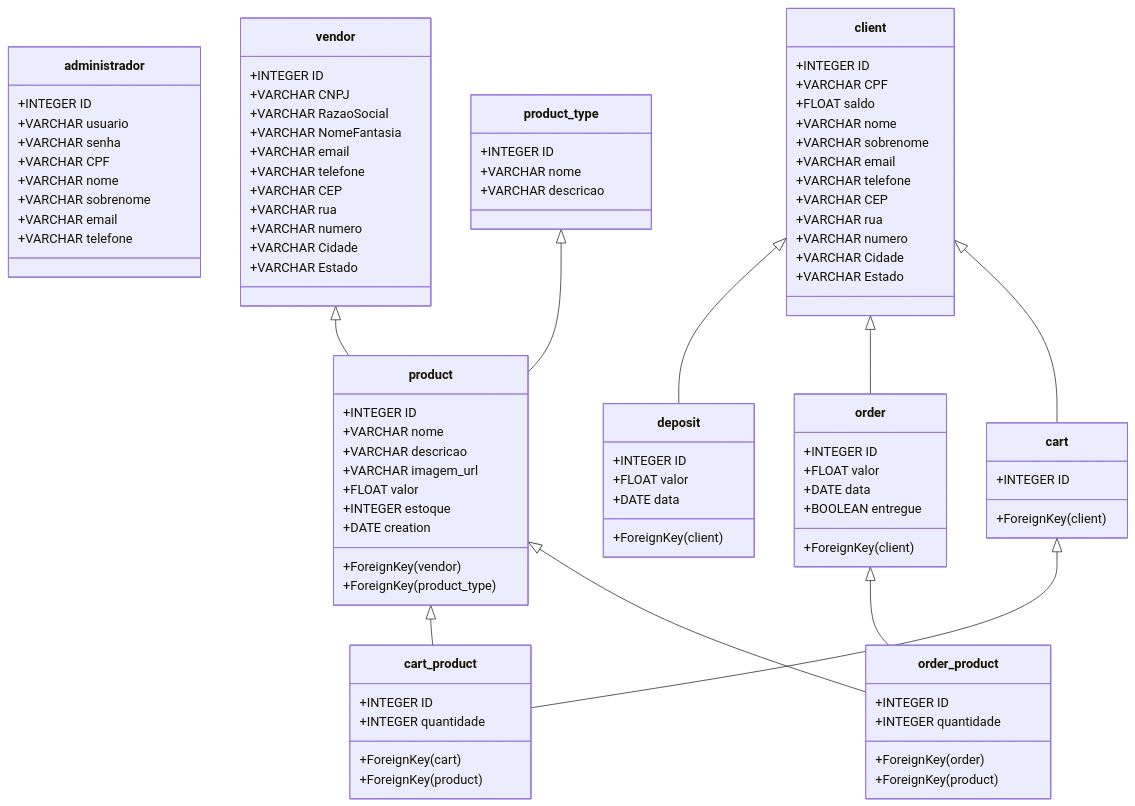
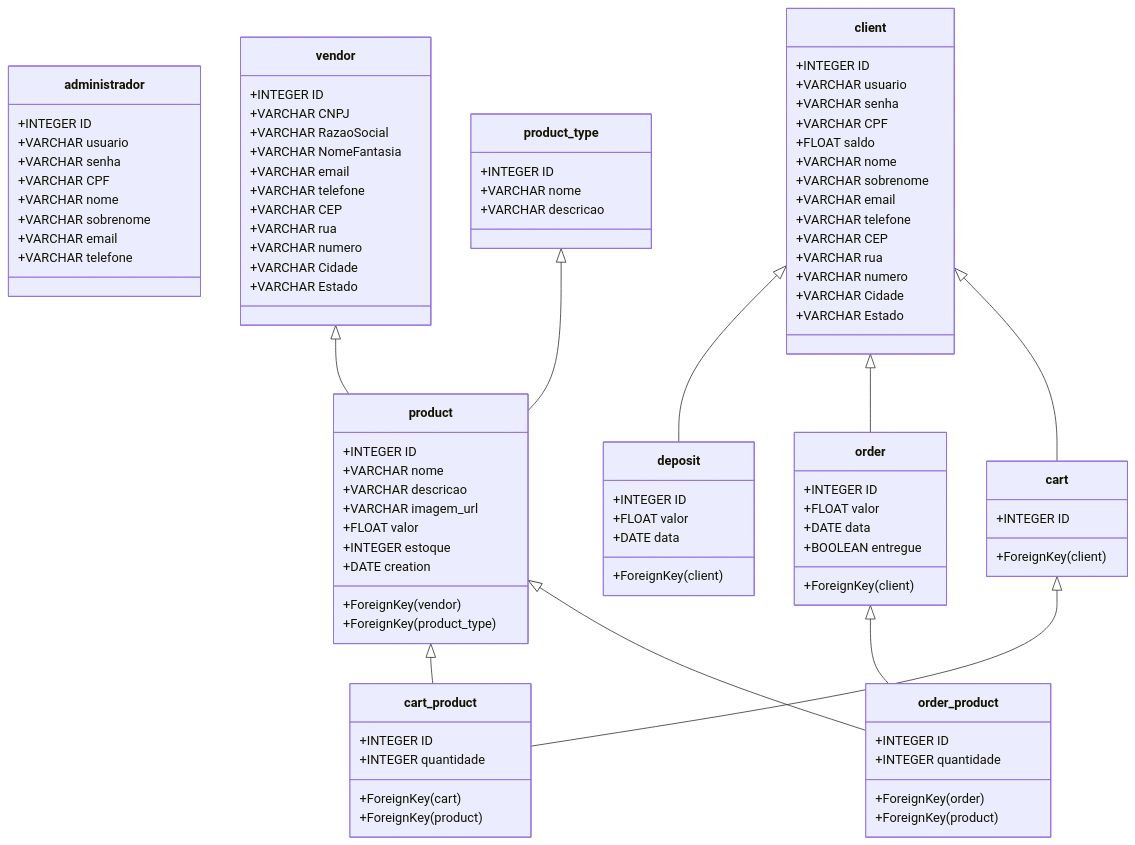
The diagram in Diagram/Database.mermaid (WhitePoodleMoth/TrendStyle), drawn with Mermaid before and after one commit. The commit also changed 1 other file, not shown here.

```diff
--- a/Diagram/Database.mermaid
+++ b/Diagram/Database.mermaid
@@ -1,105 +1,107 @@
 classDiagram
     class administrador{
         +INTEGER ID
         +VARCHAR usuario
         +VARCHAR senha
         +VARCHAR CPF
         +VARCHAR nome
         +VARCHAR sobrenome
         +VARCHAR email
         +VARCHAR telefone
     }
 
     class vendor{
         +INTEGER ID
         +VARCHAR CNPJ
         +VARCHAR RazaoSocial
         +VARCHAR NomeFantasia
         +VARCHAR email
         +VARCHAR telefone
         +VARCHAR CEP
         +VARCHAR rua
         +VARCHAR numero
         +VARCHAR Cidade
         +VARCHAR Estado
     }
 
     class client{
         +INTEGER ID
+        +VARCHAR usuario
+        +VARCHAR senha
         +VARCHAR CPF
         +FLOAT saldo
         +VARCHAR nome
         +VARCHAR sobrenome
         +VARCHAR email
         +VARCHAR telefone
         +VARCHAR CEP
         +VARCHAR rua
         +VARCHAR numero
         +VARCHAR Cidade
         +VARCHAR Estado
     }
     
     class product_type{
         +INTEGER ID
         +VARCHAR nome
         +VARCHAR descricao
     }
 
     class product{
         +INTEGER ID
         +VARCHAR nome
         +VARCHAR descricao
         +VARCHAR imagem_url
         +FLOAT valor
         +INTEGER estoque
         +DATE creation
         +ForeignKey (vendor)
         +ForeignKey (product_type)
     }
 
     class cart{
         +INTEGER ID
         +ForeignKey (client)
     }
 
     class cart_product{
         +INTEGER ID
         +ForeignKey (cart)
         +ForeignKey (product)
         +INTEGER quantidade
     }
 
     class deposit{
         +INTEGER ID
         +ForeignKey (client)
         +FLOAT valor
         +DATE data
     }
 
     class order{
         +INTEGER ID
         +ForeignKey (client)
         +FLOAT valor
         +DATE data
         +BOOLEAN entregue
     }
 
     class order_product{
         +INTEGER ID
         +ForeignKey (order)
         +ForeignKey (product)
         +INTEGER quantidade
     }
 
     client <|-- deposit
     client <|-- order
     client <|-- cart
 
     vendor <|-- product
 
     product  <|-- cart_product
     product_type <|-- product
     cart <|-- cart_product
 
     order <|-- order_product
     product <|-- order_product
```
